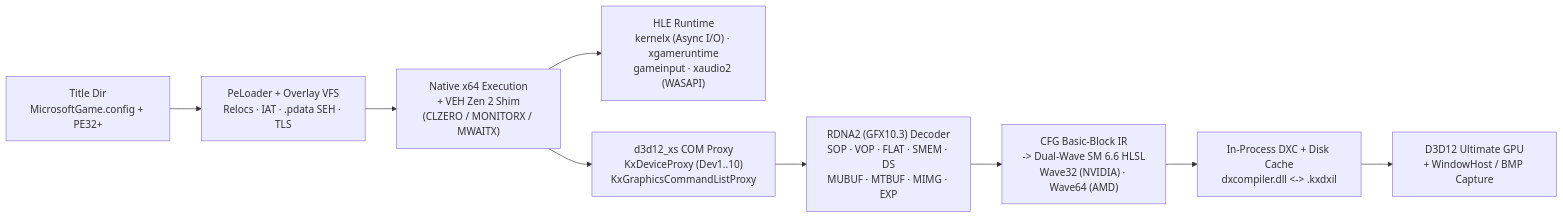
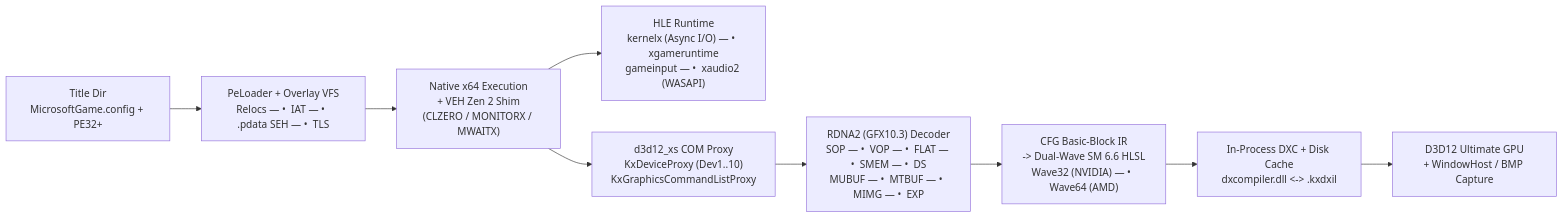
One commit to Batushn/KestrelX changed the second of 2 diagrams in README.md. Above: the diagram before and after it, drawn with Mermaid. The commit also changed other lines of this file, not shown here.

````diff
--- a/README.md
+++ b/README.md
@@ -114,11 +124,11 @@
 ```mermaid
 flowchart LR
-    A["Title Dir<br/>MicrosoftGame.config + PE32+"] --> B["PeLoader + Overlay VFS<br/>Relocs · IAT · .pdata SEH · TLS"]
+    A["Title Dir<br/>MicrosoftGame.config + PE32+"] --> B["PeLoader + Overlay VFS<br/>Relocs — •  IAT — •  .pdata SEH — •  TLS"]
     B --> C["Native x64 Execution<br/>+ VEH Zen 2 Shim<br/>(CLZERO / MONITORX / MWAITX)"]
-    C --> D["HLE Runtime<br/>kernelx (Async I/O) · xgameruntime<br/>gameinput · xaudio2 (WASAPI)"]
+    C --> D["HLE Runtime<br/>kernelx (Async I/O) — •  xgameruntime<br/>gameinput — •  xaudio2 (WASAPI)"]
     C --> E["d3d12_xs COM Proxy<br/>KxDeviceProxy (Dev1..10)<br/>KxGraphicsCommandListProxy"]
-    E --> F["RDNA2 (GFX10.3) Decoder<br/>SOP · VOP · FLAT · SMEM · DS<br/>MUBUF · MTBUF · MIMG · EXP"]
-    F --> G["CFG Basic-Block IR<br/>-> Dual-Wave SM 6.6 HLSL<br/>Wave32 (NVIDIA) · Wave64 (AMD)"]
+    E --> F["RDNA2 (GFX10.3) Decoder<br/>SOP — •  VOP — •  FLAT — •  SMEM — •  DS<br/>MUBUF — •  MTBUF — •  MIMG — •  EXP"]
+    F --> G["CFG Basic-Block IR<br/>-> Dual-Wave SM 6.6 HLSL<br/>Wave32 (NVIDIA) — •  Wave64 (AMD)"]
     G --> H["In-Process DXC + Disk Cache<br/>dxcompiler.dll <-> .kxdxil"]
     H --> I["D3D12 Ultimate GPU<br/>+ WindowHost / BMP Capture"]
 ```
````
